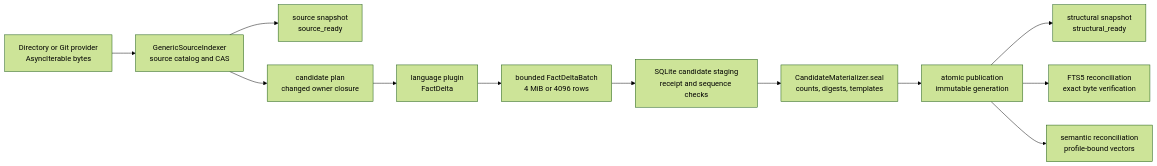
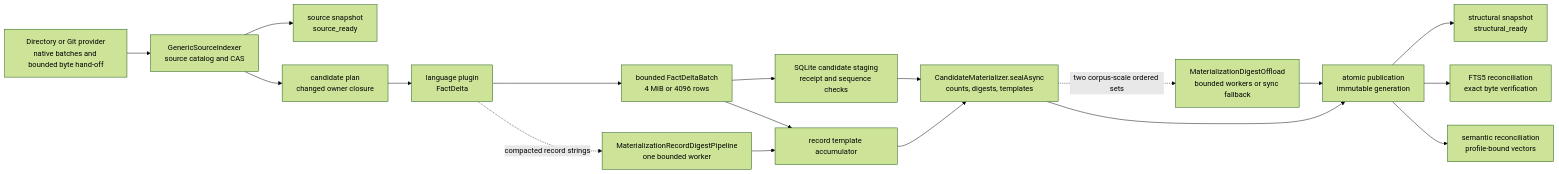
Before and after one commit to CristianBB/urdira: the second of 7 diagrams in docs/architecture.md, drawn with Mermaid (forest theme). The commit also changed other lines of this file and 46 other files, not shown here.

First line of the commit message:
refactor: align v3 architecture with the current pipeline

````diff
--- a/docs/architecture.md
+++ b/docs/architecture.md
@@ -61,14 +65,20 @@
 ```mermaid
 flowchart LR
-  Observe["Directory or Git provider\nAsyncIterable bytes"] --> Catalog["GenericSourceIndexer\nsource catalog and CAS"]
+  Observe["Directory or Git provider\nnative batches and bounded byte hand-off"] --> Catalog["GenericSourceIndexer\nsource catalog and CAS"]
   Catalog --> SourceReady["source snapshot\nsource_ready"]
   Catalog --> Plan["candidate plan\nchanged owner closure"]
   Plan --> Analyze["language plugin\nFactDelta"]
   Analyze --> Batch["bounded FactDeltaBatch\n4 MiB or 4096 rows"]
+  Analyze -. "compacted record strings" .-> RecordDigests["MaterializationRecordDigestPipeline\none bounded worker"]
   Batch --> Stage["SQLite candidate staging\nreceipt and sequence checks"]
-  Stage --> Seal["CandidateMaterializer.seal\ncounts, digests, templates"]
+  Batch --> Accumulate["record template accumulator"]
+  RecordDigests --> Accumulate
+  Stage --> Seal["CandidateMaterializer.sealAsync\ncounts, digests, templates"]
+  Accumulate --> Seal
+  Seal -. "two corpus-scale ordered sets" .-> SealWorkers["MaterializationDigestOffload\nbounded workers or sync fallback"]
+  SealWorkers --> Publish
   Seal --> Publish["atomic publication\nimmutable generation"]
   Publish --> StructuralReady["structural snapshot\nstructural_ready"]
   Publish --> Lexical["FTS5 reconciliation\nexact byte verification"]
   Publish --> Semantic["semantic reconciliation\nprofile-bound vectors"]
 ```
````
